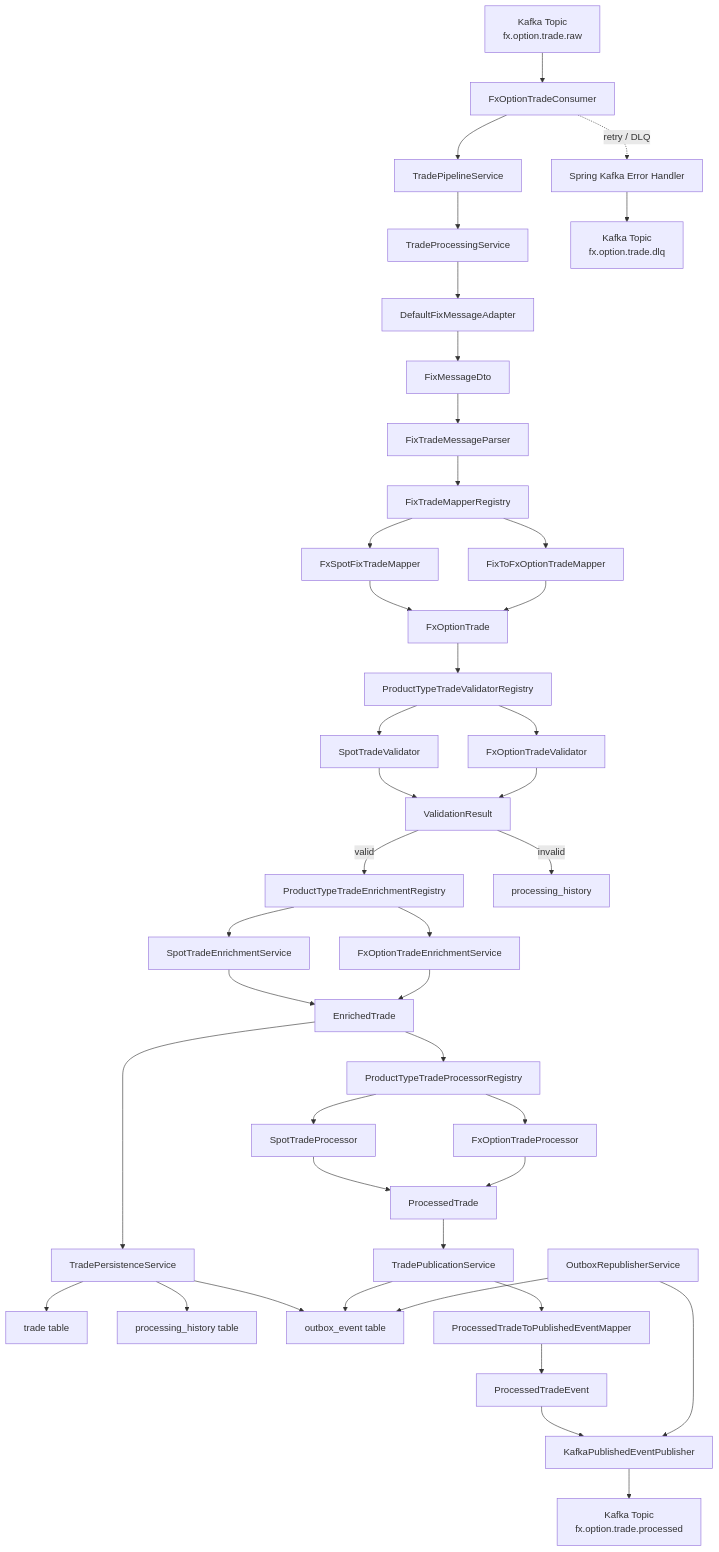
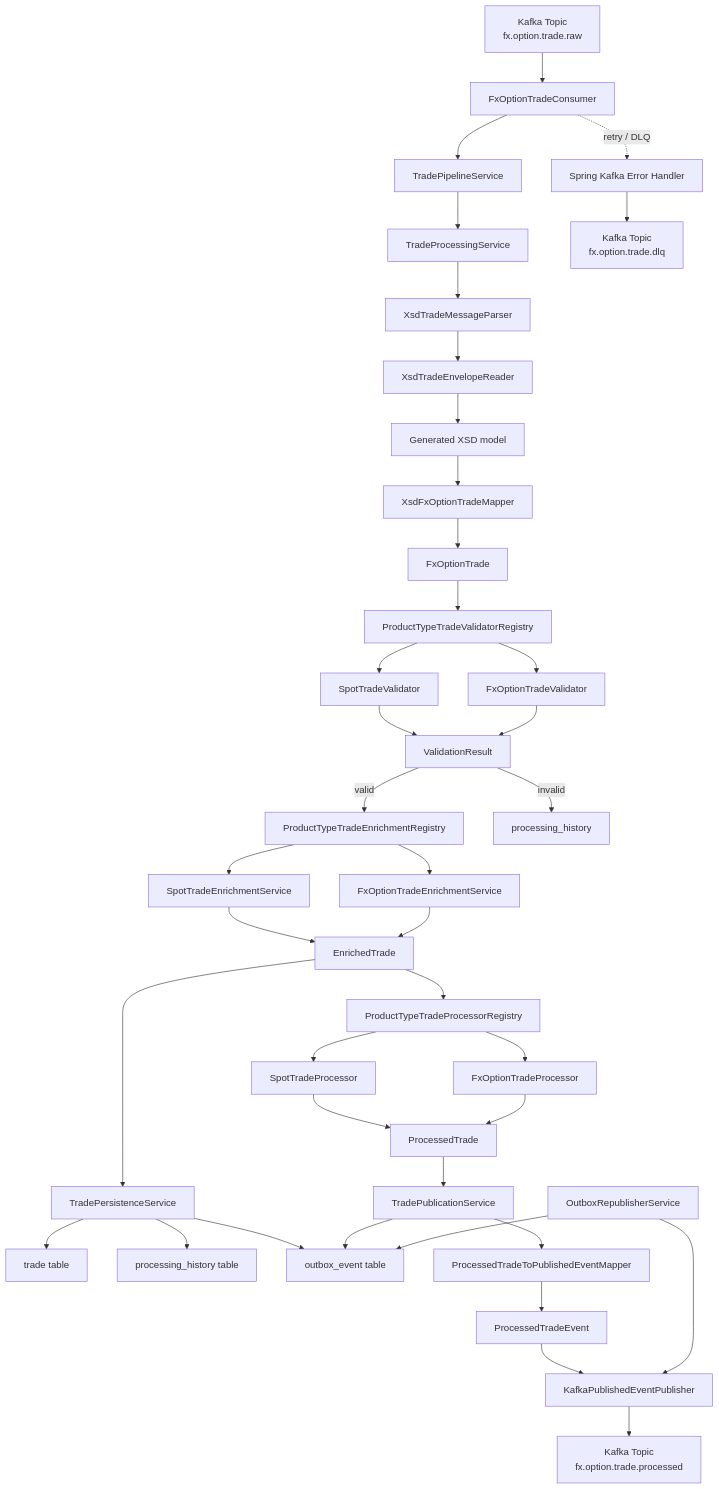
One commit to reyhanehgit/post-trade-processing changed the first of 4 diagrams in ARCHITECTURE.md. Above: the diagram before and after it, drawn with Mermaid. The commit also changed other lines of this file and 2 other files, not shown here.

````diff
--- a/ARCHITECTURE.md
+++ b/ARCHITECTURE.md
@@ -7,59 +7,54 @@
 ```mermaid
 flowchart TD
     A[Kafka Topic<br/>fx.option.trade.raw] --> B[FxOptionTradeConsumer]
     B --> C[TradePipelineService]
     C --> D[TradeProcessingService]
 
-    D --> E[DefaultFixMessageAdapter]
-    E --> F[FixMessageDto]
-
-    F --> G[FixTradeMessageParser]
-    G --> H[FixTradeMapperRegistry]
-    H --> H1[FxSpotFixTradeMapper]
-    H --> H2[FixToFxOptionTradeMapper]
-
-    H1 --> I[FxOptionTrade]
-    H2 --> I
+    D --> E[XsdTradeMessageParser]
+    E --> F[XsdTradeEnvelopeReader]
+    F --> G[Generated XSD model]
+    G --> H[XsdFxOptionTradeMapper]
+    H --> I[FxOptionTrade]
 
     I --> J[ProductTypeTradeValidatorRegistry]
     J --> J1[SpotTradeValidator]
     J --> J2[FxOptionTradeValidator]
 
     J1 --> K[ValidationResult]
     J2 --> K
 
     K -->|valid| L[ProductTypeTradeEnrichmentRegistry]
     K -->|invalid| M[processing_history]
 
     L --> L1[SpotTradeEnrichmentService]
     L --> L2[FxOptionTradeEnrichmentService]
 
     L1 --> N[EnrichedTrade]
     L2 --> N
 
     N --> O[TradePersistenceService]
     O --> O1[trade table]
     O --> O2[processing_history table]
     O --> O3[outbox_event table]
 
     N --> P[ProductTypeTradeProcessorRegistry]
     P --> P1[SpotTradeProcessor]
     P --> P2[FxOptionTradeProcessor]
 
     P1 --> Q[ProcessedTrade]
     P2 --> Q
 
     Q --> R[TradePublicationService]
     R --> S[ProcessedTradeToPublishedEventMapper]
     S --> T[ProcessedTradeEvent]
     T --> U[KafkaPublishedEventPublisher]
     U --> V[Kafka Topic<br/>fx.option.trade.processed]
 
     R --> O3
 
     X[Spring Kafka Error Handler] --> Y[Kafka Topic<br/>fx.option.trade.dlq]
     B -. retry / DLQ .-> X
 
     Z[OutboxRepublisherService] --> O3
     Z --> U
 ```
````
